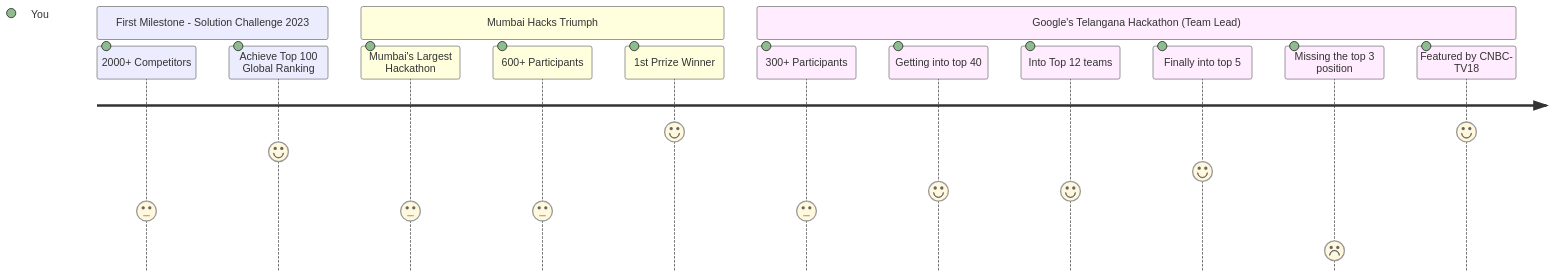
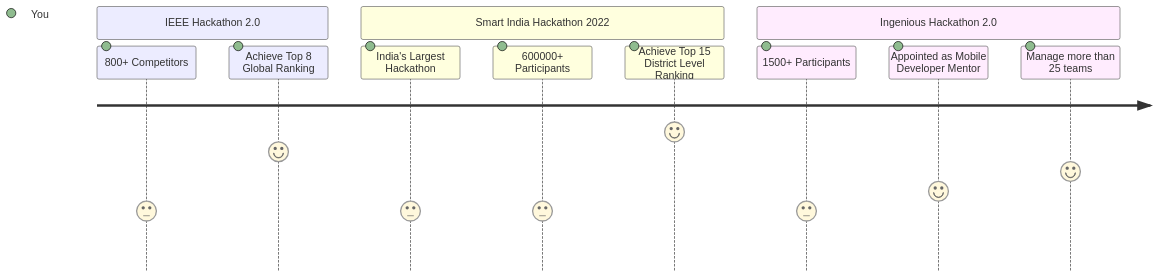
Before and after one commit to rahulsain/rahulsain: the second of 3 diagrams in README.md, drawn with Mermaid. The commit also changed other lines of this file, not shown here.

````diff
--- a/README.md
+++ b/README.md
@@ -44,17 +43,14 @@
 ```mermaid
   journey
-    section First Milestone - Solution Challenge 2023
-      2000+ Competitors: 3: You
-      Achieve Top 100 Global Ranking: 6: You
-    section Mumbai Hacks Triumph
-      Mumbai's Largest Hackathon: 3: You
-      600+ Participants: 3: You
-      1st Prrize Winner: 7: You
- section Google's Telangana Hackathon (Team Lead)
-      300+ Participants: 3: You
-      Getting into top 40: 4: You
-      Into Top 12 teams: 4: You
-      Finally into top 5: 5: You
-      Missing the top 3 position: 1: You
-      Featured by CNBC-TV18: 7: You
+    section IEEE Hackathon 2.0
+      800+ Competitors: 3: You
+      Achieve Top 8 Global Ranking: 6: You
+    section Smart India Hackathon 2022
+      India's Largest Hackathon: 3: You
+      600000+ Participants: 3: You
+      Achieve Top 15 District Level Ranking: 7: You
+ section Ingenious Hackathon 2.0
+      1500+ Participants: 3: You
+      Appointed as Mobile Developer Mentor: 4: You
+      Manage more than 25 teams: 5: You
 ```
````
